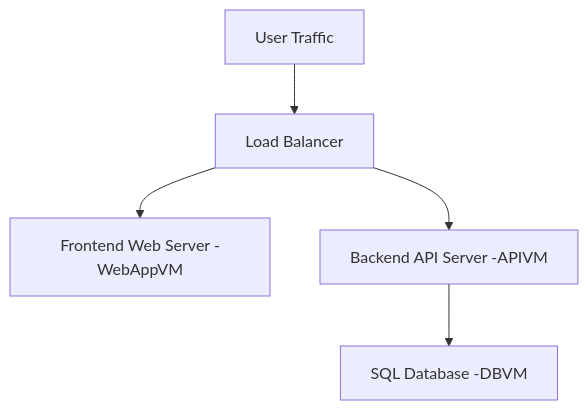
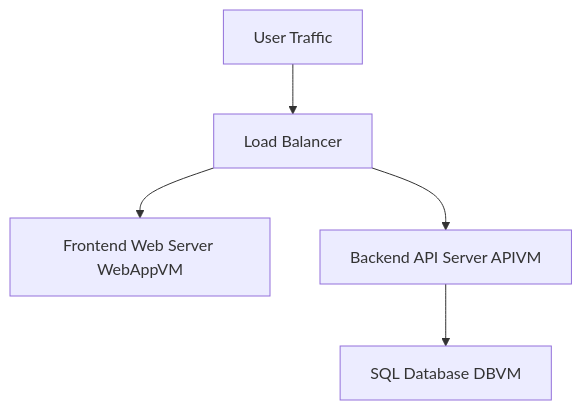
One commit to Klamichhane738/CST8913_010-Cloud-Migration_Lab changed the first of 2 diagrams in Lab5/lab5.md. Above: the diagram before and after it, drawn with Mermaid. The commit also changed other lines of this file, not shown here.

Commit message:
Figure name added

````diff
--- a/Lab5/lab5.md
+++ b/Lab5/lab5.md
@@ -5,8 +5,8 @@
 ```mermaid
 graph TD;
     A[User Traffic]
     A --> B[Load Balancer]
-    B --> C[Frontend Web Server -WebAppVM]
-    B --> D[Backend API Server -APIVM]
-    D --> E[SQL Database -DBVM]
+    B --> C[Frontend Web Server WebAppVM]
+    B --> D[Backend API Server APIVM]
+    D --> E[SQL Database DBVM]
 ```
````
